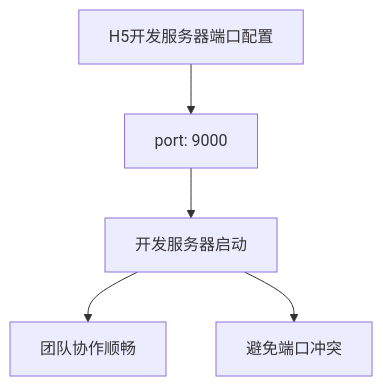
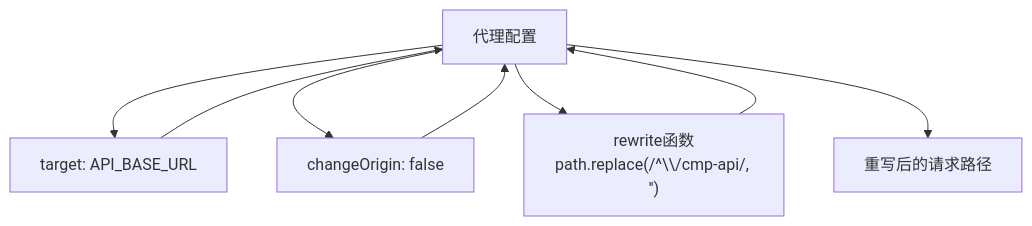
One commit to zuolinbao/redbook changed the fifth of 11 diagrams in .qoder/repowiki/zh/content/架构设计/构建配置系统.md. Above: the diagram before and after it, drawn with Mermaid. The commit also changed other lines of this file and 23 other files, not shown here.

````diff
--- a/.qoder/repowiki/zh/content/架构设计/构建配置系统.md
+++ b/.qoder/repowiki/zh/content/架构设计/构建配置系统.md
@@ -154,7 +186,10 @@
 ```mermaid
 flowchart TD
-PortConfig["H5开发服务器端口配置"] --> Port9000["port: 9000"]
-Port9000 --> DevServer["开发服务器启动"]
-DevServer --> Team["团队协作顺畅"]
-DevServer --> NoConflict["避免端口冲突"]
+Proxy["代理配置"] --> Target["target: API_BASE_URL"]
+Proxy --> Origin["changeOrigin: false"]
+Proxy --> Rewrite["rewrite函数<br/>path.replace(/^\\/cmp-api/, '')"]
+Target --> Proxy
+Origin --> Proxy
+Rewrite --> Proxy
+Proxy --> Result["重写后的请求路径"]
 ```
````
